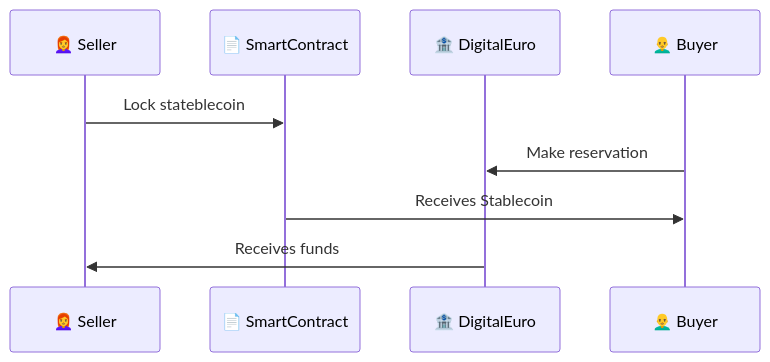
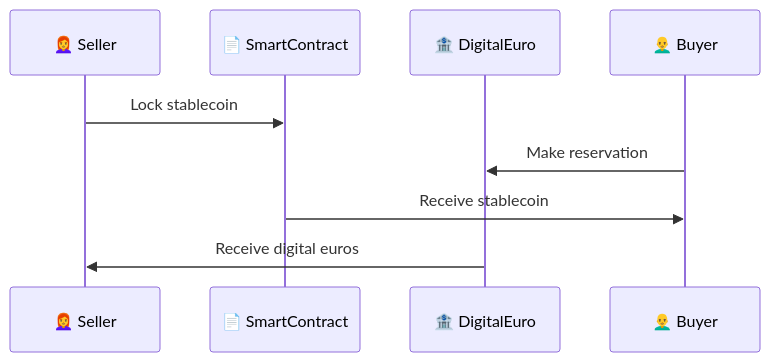
One commit to Xalava/NagaBanking changed the second of 2 diagrams in Documentation.md. Above: the diagram before and after it, drawn with Mermaid. The commit also changed other lines of this file and 1 other file, not shown here.

````diff
--- a/Documentation.md
+++ b/Documentation.md
@@ -29,12 +28,12 @@
 ```mermaid
 sequenceDiagram
    participant 👩‍🦰 Seller
    participant 📄 SmartContract
    participant 🏦 DigitalEuro
    participant 👨‍🦲 Buyer
 
-   👩‍🦰 Seller->>📄 SmartContract: Lock stateblecoin
-   👨‍🦲 Buyer->>🏦 DigitalEuro: Make reservation
-   📄 SmartContract->>👨‍🦲 Buyer: Receives Stablecoin
-   🏦 DigitalEuro->>👩‍🦰 Seller: Receives funds
+   👩‍🦰 Seller->>📄 SmartContract: Lock stablecoin
+   👨‍🦲 Buyer->>🏦 DigitalEuro: Make reservation 
+   📄 SmartContract->>👨‍🦲 Buyer: Receive stablecoin
+   🏦 DigitalEuro->>👩‍🦰 Seller: Receive digital euros
 ```
````
